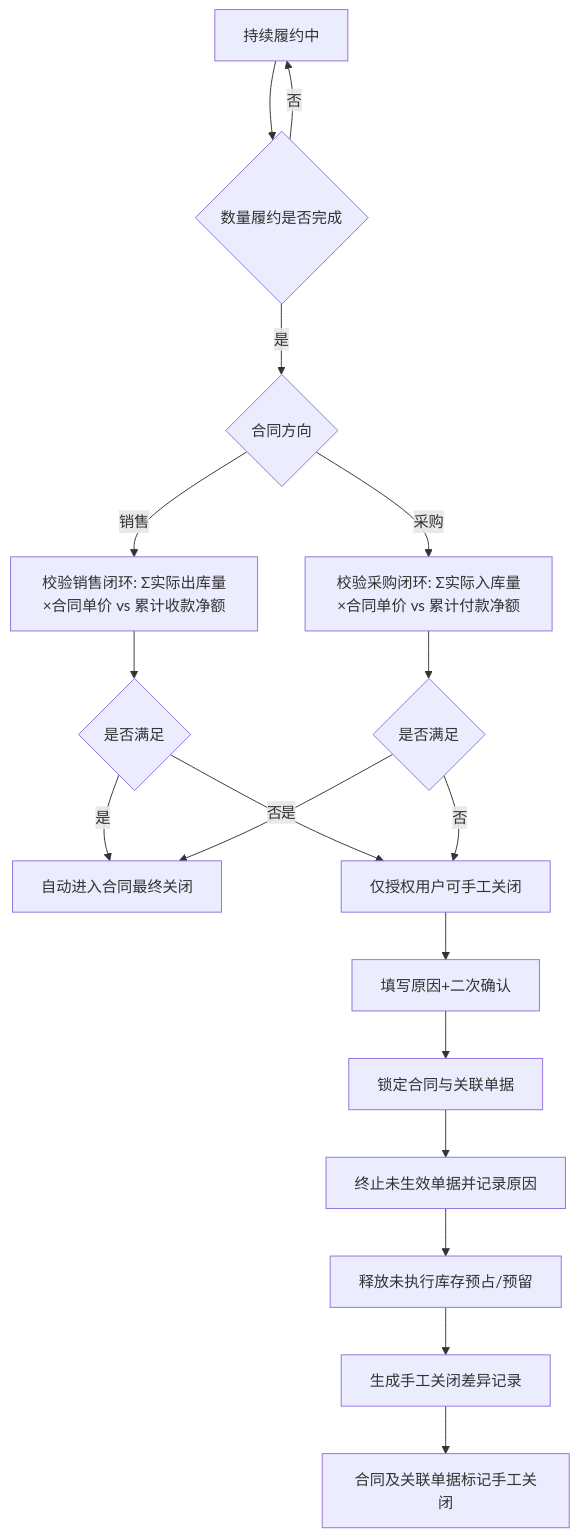
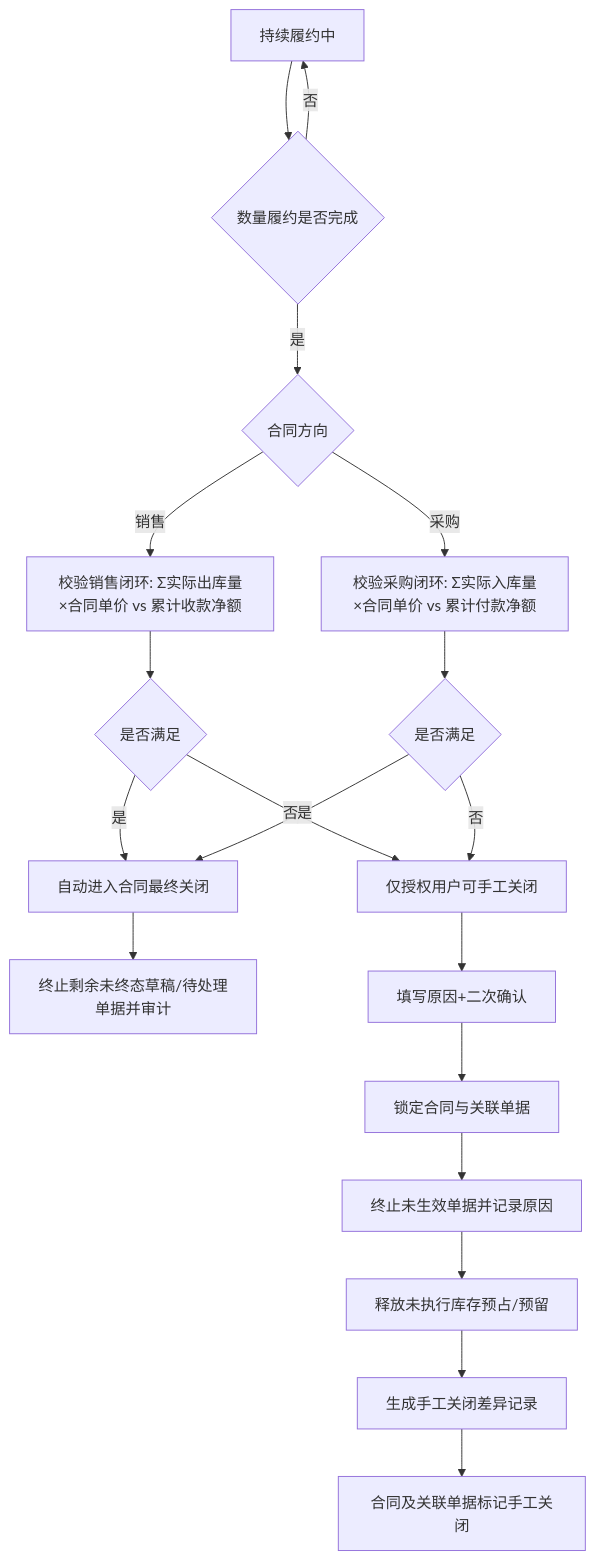
Before and after one commit to nancyxjp2019/jgport-supply: the fifth of 12 diagrams in docs/V6阶段A-流程图状态机与UI原型清单.md, drawn with Mermaid. The commit also changed other lines of this file and 14 other files, not shown here.

````diff
--- a/docs/V6阶段A-流程图状态机与UI原型清单.md
+++ b/docs/V6阶段A-流程图状态机与UI原型清单.md
@@ -99,20 +99,21 @@
 ```mermaid
 flowchart TD
     A[持续履约中] --> B{数量履约是否完成}
     B -->|否| A
     B -->|是| C{合同方向}
     C -->|销售| D[校验销售闭环: Σ实际出库量×合同单价 vs 累计收款净额]
     C -->|采购| E[校验采购闭环: Σ实际入库量×合同单价 vs 累计付款净额]
     D --> D1{是否满足}
     E --> E1{是否满足}
     D1 -->|是| F[自动进入合同最终关闭]
     E1 -->|是| F
+    F --> F1[终止剩余未终态草稿/待处理单据并审计]
     D1 -->|否| G[仅授权用户可手工关闭]
     E1 -->|否| G
     G --> H[填写原因+二次确认]
     H --> I[锁定合同与关联单据]
     I --> J[终止未生效单据并记录原因]
     J --> K[释放未执行库存预占/预留]
     K --> L[生成手工关闭差异记录]
     L --> M[合同及关联单据标记手工关闭]
 ```
````
